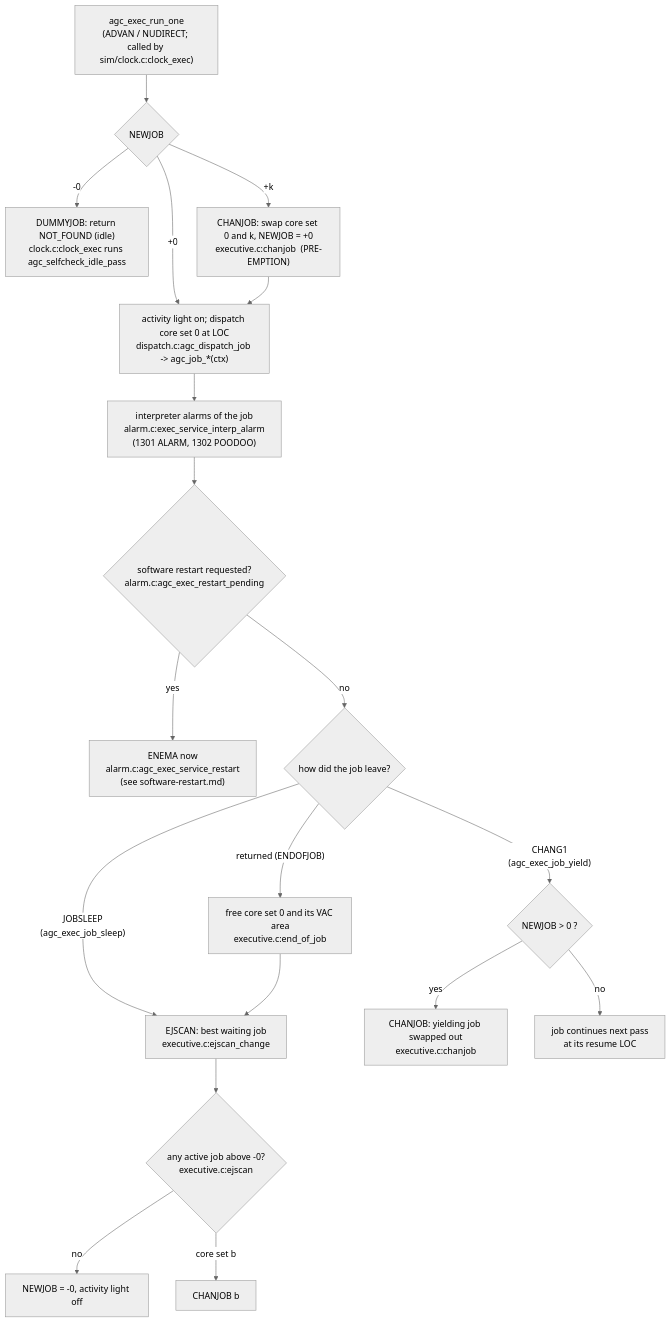
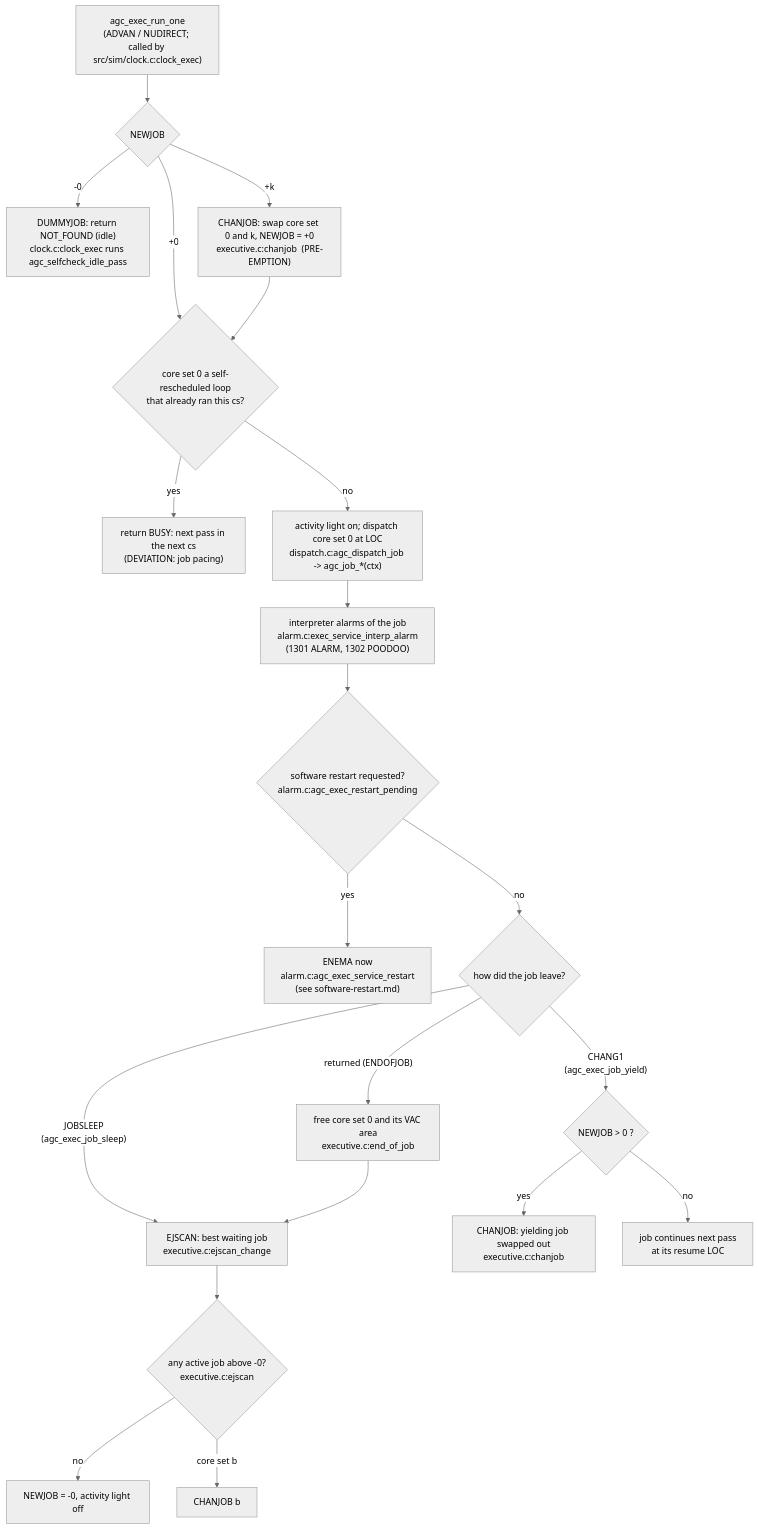
The second of 2 diagrams in docs/overview/flowcharts/job-preemption.md (bobjoe400/apollo-c), drawn with Mermaid (neutral theme) before and after one commit. The commit also changed other lines of this file and 52 other files, not shown here.

````diff
--- a/docs/overview/flowcharts/job-preemption.md
+++ b/docs/overview/flowcharts/job-preemption.md
@@ -34,21 +34,23 @@
 ```mermaid
 flowchart TD
-    S["agc_exec_run_one<br/>(ADVAN / NUDIRECT; called by sim/clock.c:clock_exec)"] --> T{"NEWJOB"}
+    S["agc_exec_run_one<br/>(ADVAN / NUDIRECT; called by src/sim/clock.c:clock_exec)"] --> T{"NEWJOB"}
     T -- "-0" --> T0["DUMMYJOB: return NOT_FOUND (idle)<br/>clock.c:clock_exec runs agc_selfcheck_idle_pass"]
     T -- "+k" --> U["CHANJOB: swap core set 0 and k, NEWJOB = +0<br/>executive.c:chanjob  (PRE-EMPTION)"]
-    T -- "+0" --> V
-    U --> V["activity light on; dispatch core set 0 at LOC<br/>dispatch.c:agc_dispatch_job -> agc_job_*(ctx)"]
+    T -- "+0" --> T1{"core set 0 a self-rescheduled loop<br/>that already ran this cs?"}
+    U --> T1
+    T1 -- "yes" --> T2["return BUSY: next pass in the next cs<br/>(DEVIATION: job pacing)"]
+    T1 -- "no" --> V["activity light on; dispatch core set 0 at LOC<br/>dispatch.c:agc_dispatch_job -> agc_job_*(ctx)"]
     V --> W["interpreter alarms of the job<br/>alarm.c:exec_service_interp_alarm<br/>(1301 ALARM, 1302 POODOO)"]
     W --> X{"software restart requested?<br/>alarm.c:agc_exec_restart_pending"}
     X -- "yes" --> X1["ENEMA now<br/>alarm.c:agc_exec_service_restart<br/>(see software-restart.md)"]
     X -- "no" --> Y{"how did the job leave?"}
     Y -- "JOBSLEEP<br/>(agc_exec_job_sleep)" --> Y1["EJSCAN: best waiting job<br/>executive.c:ejscan_change"]
     Y -- "CHANG1<br/>(agc_exec_job_yield)" --> Y2{"NEWJOB > 0 ?"}
     Y2 -- "yes" --> Y3["CHANJOB: yielding job swapped out<br/>executive.c:chanjob"]
     Y2 -- "no" --> Y4["job continues next pass<br/>at its resume LOC"]
     Y -- "returned (ENDOFJOB)" --> Y5["free core set 0 and its VAC area<br/>executive.c:end_of_job"]
     Y5 --> Y1
     Y1 --> Z{"any active job above -0?<br/>executive.c:ejscan"}
     Z -- "no" --> Z1["NEWJOB = -0, activity light off"]
     Z -- "core set b" --> Z2["CHANJOB b"]
 ```
````
